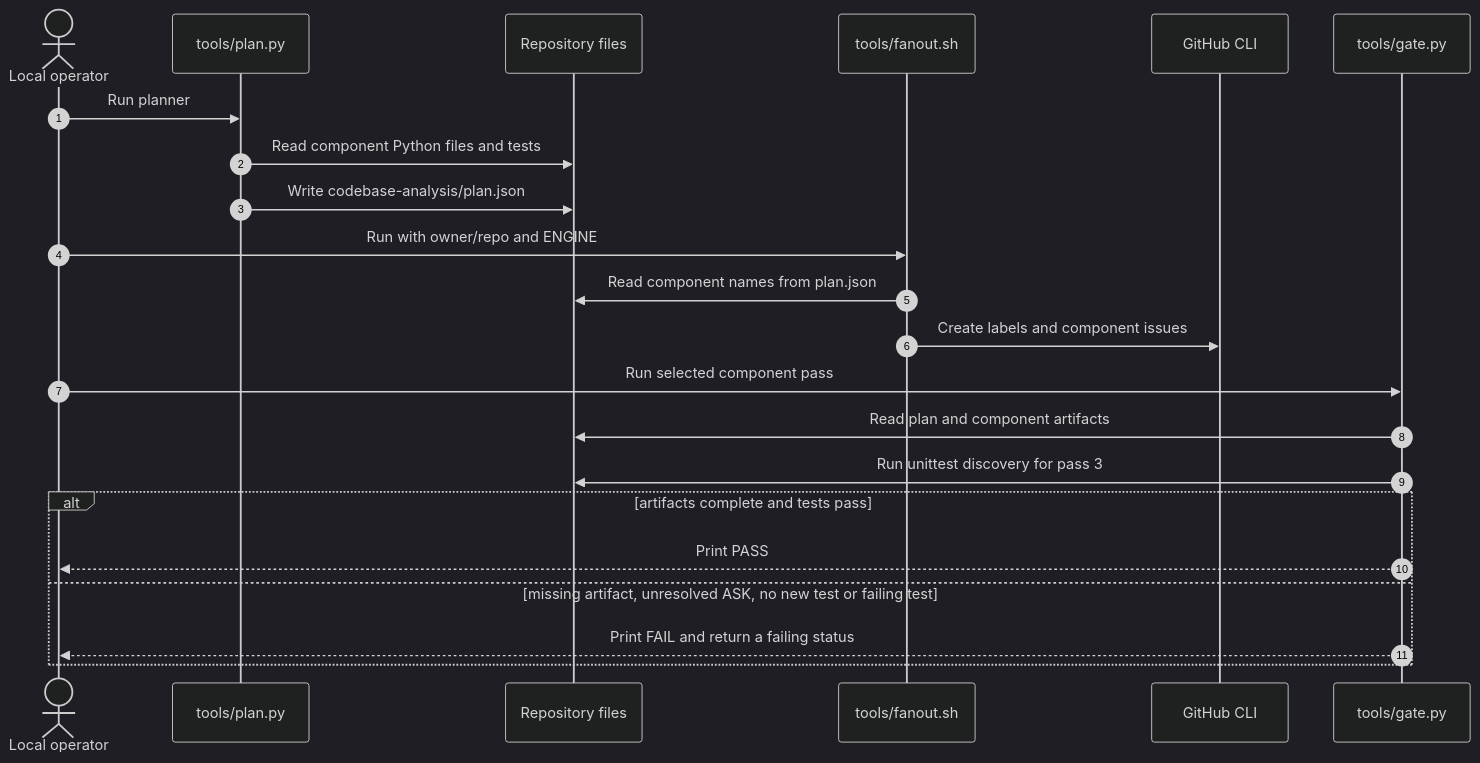
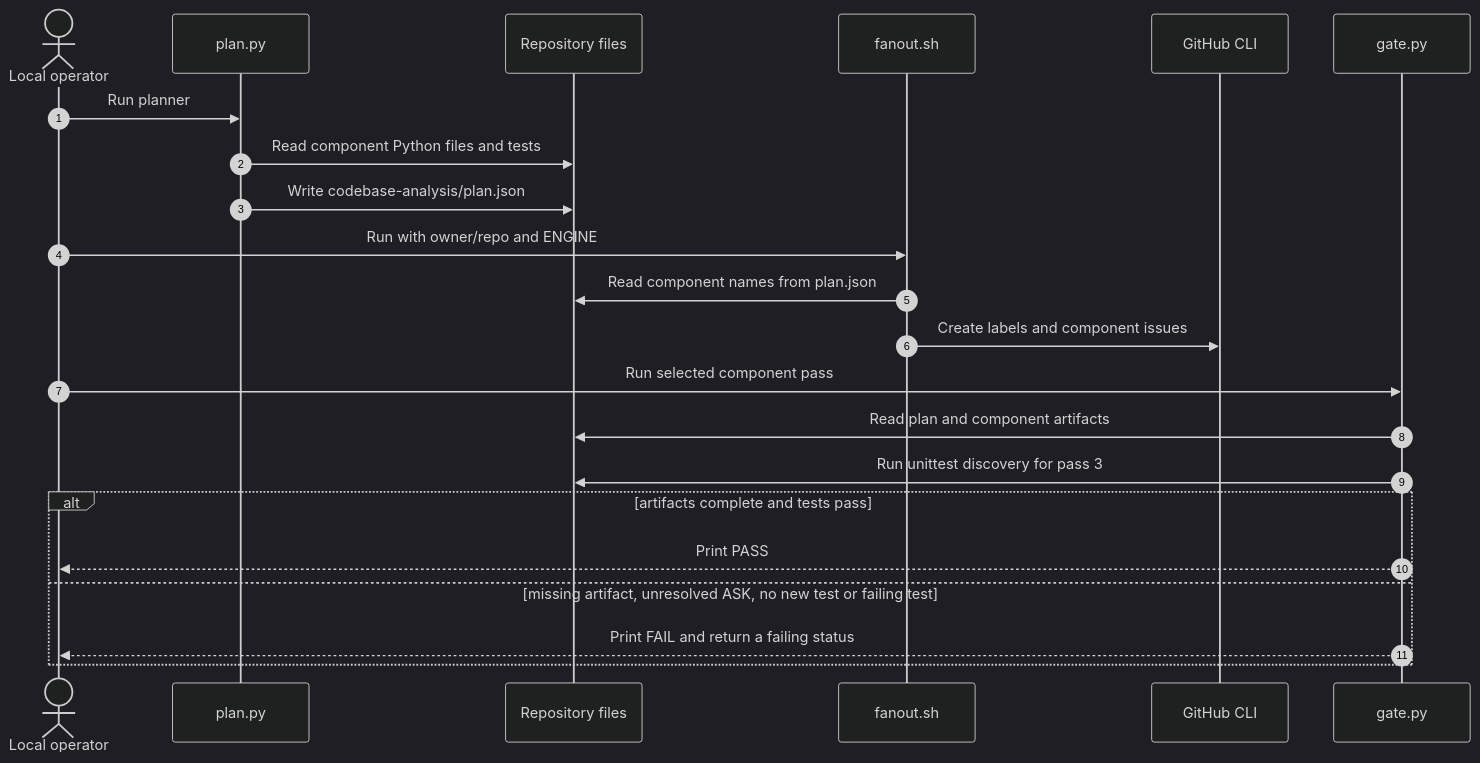
Before and after one commit to vishalc412/bible-mode-b-test: the ninth of 10 diagrams in codebase-analysis/hld/05-key-flows.md, drawn with Mermaid (dark theme). The commit also changed other lines of this file and 38 other files, not shown here.

````diff
--- a/codebase-analysis/hld/05-key-flows.md
+++ b/codebase-analysis/hld/05-key-flows.md
@@ -397,24 +406,24 @@
 ```mermaid
 sequenceDiagram
   autonumber
   actor Operator as Local operator
-  participant Plan as tools/plan.py
+  participant Plan as plan.py
   participant Files as Repository files
-  participant Fanout as tools/fanout.sh
+  participant Fanout as fanout.sh
   participant GH as GitHub CLI
-  participant Gate as tools/gate.py
+  participant Gate as gate.py
   Operator->>Plan: Run planner
   Plan->>Files: Read component Python files and tests
   Plan->>Files: Write codebase-analysis/plan.json
   Operator->>Fanout: Run with owner/repo and ENGINE
   Fanout->>Files: Read component names from plan.json
   Fanout->>GH: Create labels and component issues
   Operator->>Gate: Run selected component pass
   Gate->>Files: Read plan and component artifacts
   Gate->>Files: Run unittest discovery for pass 3
   alt artifacts complete and tests pass
     Gate-->>Operator: Print PASS
   else missing artifact, unresolved ASK, no new test or failing test
     Gate-->>Operator: Print FAIL and return a failing status
   end
 ```
````
